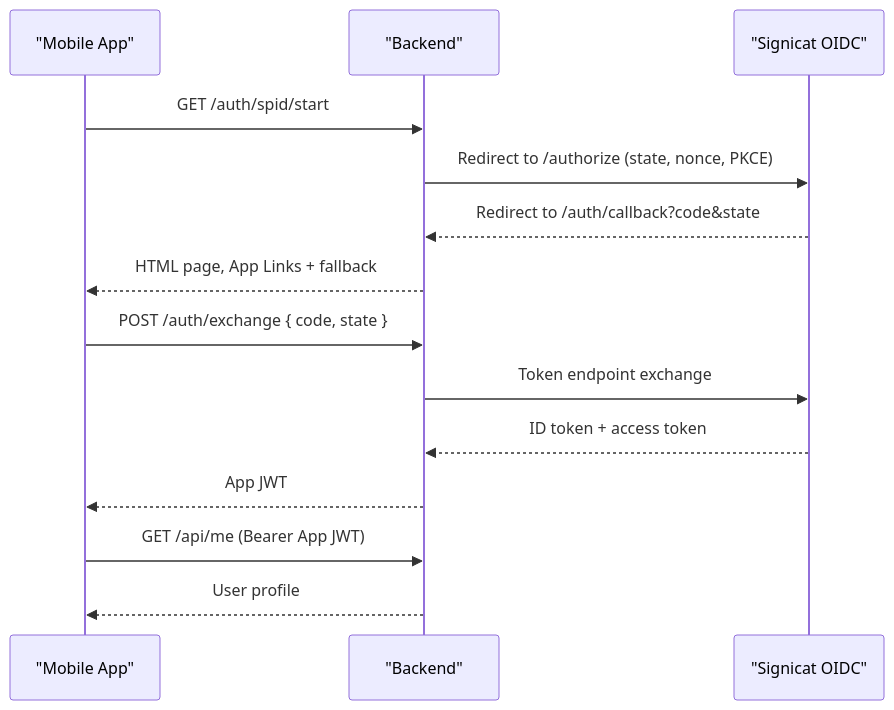
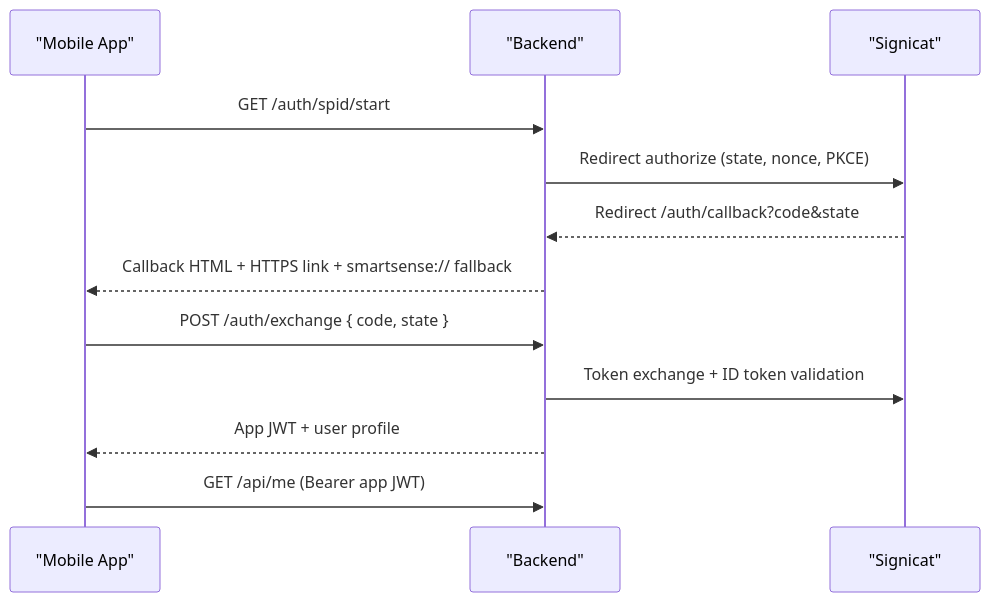
The second of 4 diagrams in DEVELOPER.md (ss-vijayvavdiya/ionic-spid-poc-cdx), drawn with Mermaid before and after one commit. The commit also changed other lines of this file and 96 other files, not shown here.

Commit message:
checkout flow added

````diff
--- a/DEVELOPER.md
+++ b/DEVELOPER.md
@@ -119,17 +29,15 @@
 ```mermaid
 sequenceDiagram
   participant App as "Mobile App"
-  participant Backend as "Backend"
-  participant Signicat as "Signicat OIDC"
+  participant Api as "Backend"
+  participant IdP as "Signicat"
 
-  App->>Backend: GET /auth/spid/start
-  Backend->>Signicat: Redirect to /authorize (state, nonce, PKCE)
-  Signicat-->>Backend: Redirect to /auth/callback?code&state
-  Backend-->>App: HTML page, App Links + fallback
-  App->>Backend: POST /auth/exchange { code, state }
-  Backend->>Signicat: Token endpoint exchange
-  Signicat-->>Backend: ID token + access token
-  Backend-->>App: App JWT
-  App->>Backend: GET /api/me (Bearer App JWT)
-  Backend-->>App: User profile
+  App->>Api: GET /auth/spid/start
+  Api->>IdP: Redirect authorize (state, nonce, PKCE)
+  IdP-->>Api: Redirect /auth/callback?code&state
+  Api-->>App: Callback HTML + HTTPS link + smartsense:// fallback
+  App->>Api: POST /auth/exchange { code, state }
+  Api->>IdP: Token exchange + ID token validation
+  Api-->>App: App JWT + user profile
+  App->>Api: GET /api/me (Bearer app JWT)
 ```
````
